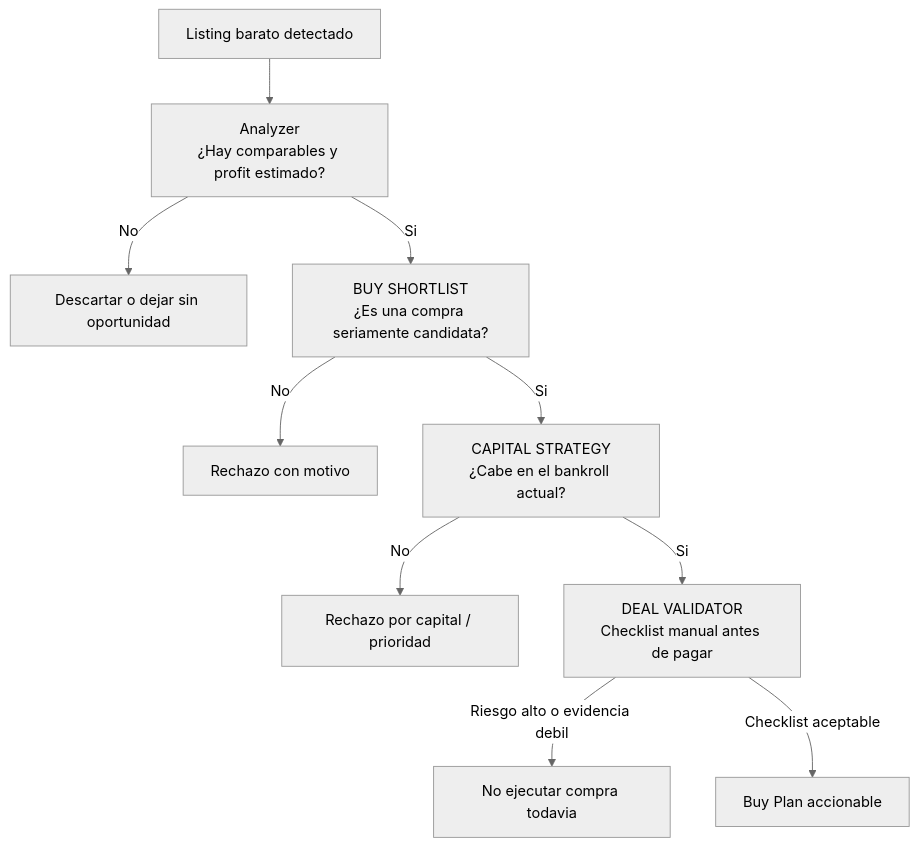
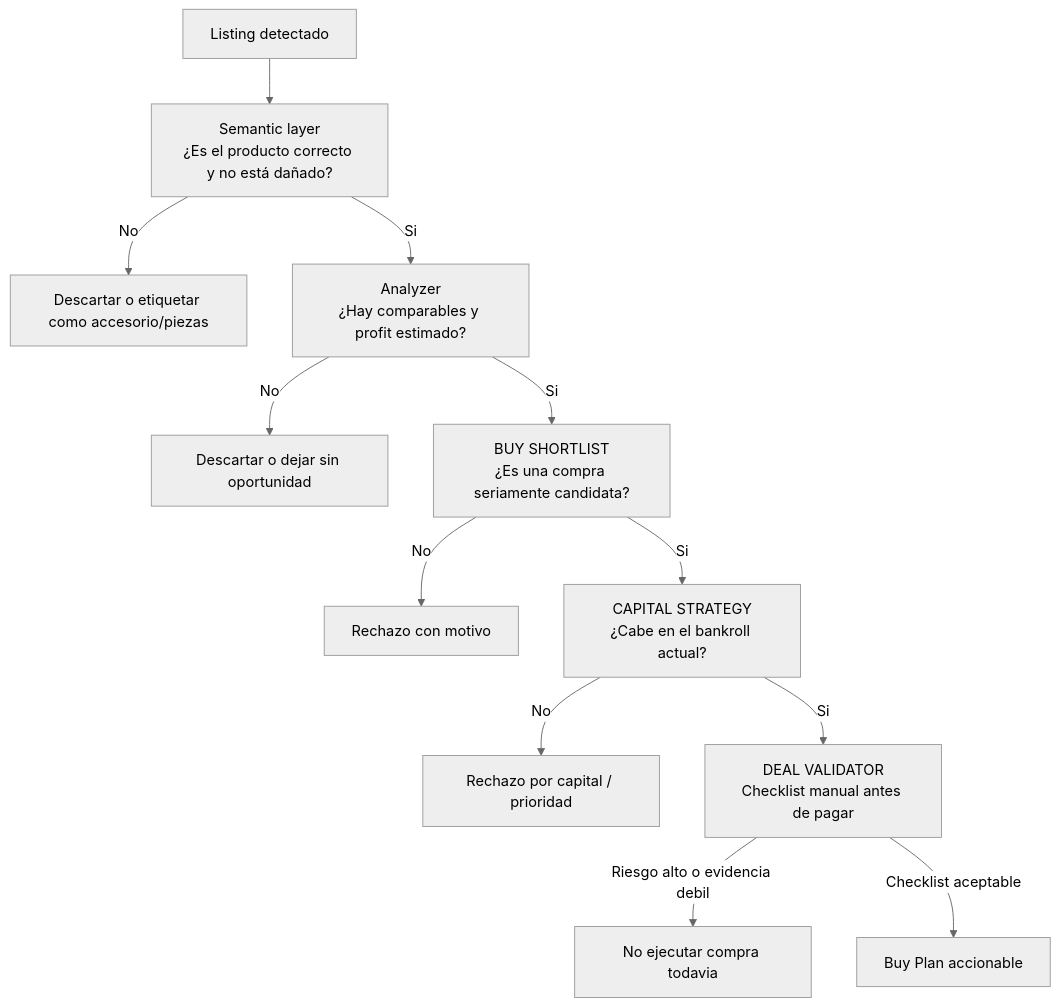
The diagram in docs/diagrams/decision-flow.md (manuelgodoytorrealba/market-analizer-py), drawn with Mermaid (neutral theme) before and after one commit. The commit also changed other lines of this file and 22 other files, not shown here.

````diff
--- a/docs/diagrams/decision-flow.md
+++ b/docs/diagrams/decision-flow.md
@@ -13,12 +14,14 @@
 ```mermaid
 flowchart TD
-    A["Listing barato detectado"] --> B["Analyzer\n¿Hay comparables y profit estimado?"]
-    B -->|No| X["Descartar o dejar sin oportunidad"]
-    B -->|Si| C["BUY SHORTLIST\n¿Es una compra seriamente candidata?"]
-    C -->|No| Y["Rechazo con motivo"]
-    C -->|Si| D["CAPITAL STRATEGY\n¿Cabe en el bankroll actual?"]
-    D -->|No| Z["Rechazo por capital / prioridad"]
-    D -->|Si| E["DEAL VALIDATOR\nChecklist manual antes de pagar"]
-    E -->|Riesgo alto o evidencia debil| W["No ejecutar compra todavia"]
-    E -->|Checklist aceptable| F["Buy Plan accionable"]
+    A["Listing detectado"] --> B["Semantic layer\n¿Es el producto correcto y no está dañado?"]
+    B -->|No| X["Descartar o etiquetar como accesorio/piezas"]
+    B -->|Si| C["Analyzer\n¿Hay comparables y profit estimado?"]
+    C -->|No| Y["Descartar o dejar sin oportunidad"]
+    C -->|Si| D["BUY SHORTLIST\n¿Es una compra seriamente candidata?"]
+    D -->|No| Z["Rechazo con motivo"]
+    D -->|Si| E["CAPITAL STRATEGY\n¿Cabe en el bankroll actual?"]
+    E -->|No| W["Rechazo por capital / prioridad"]
+    E -->|Si| F["DEAL VALIDATOR\nChecklist manual antes de pagar"]
+    F -->|Riesgo alto o evidencia debil| G["No ejecutar compra todavia"]
+    F -->|Checklist aceptable| H["Buy Plan accionable"]
 ```
````
